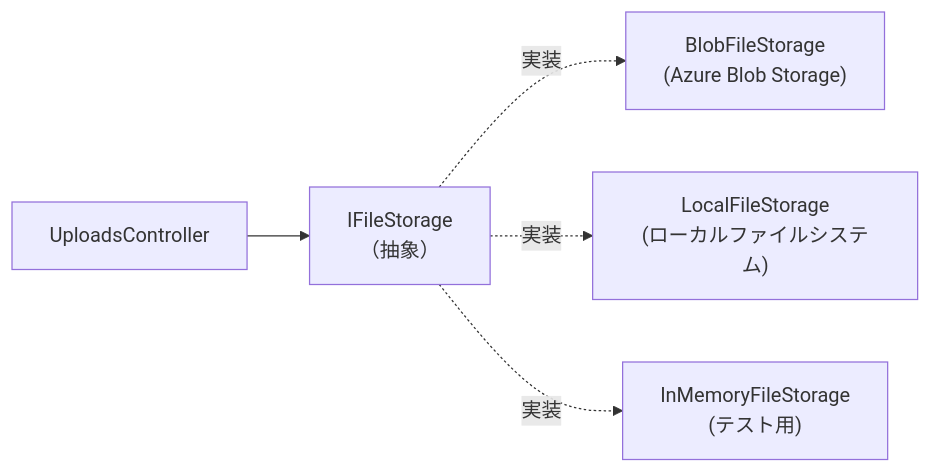
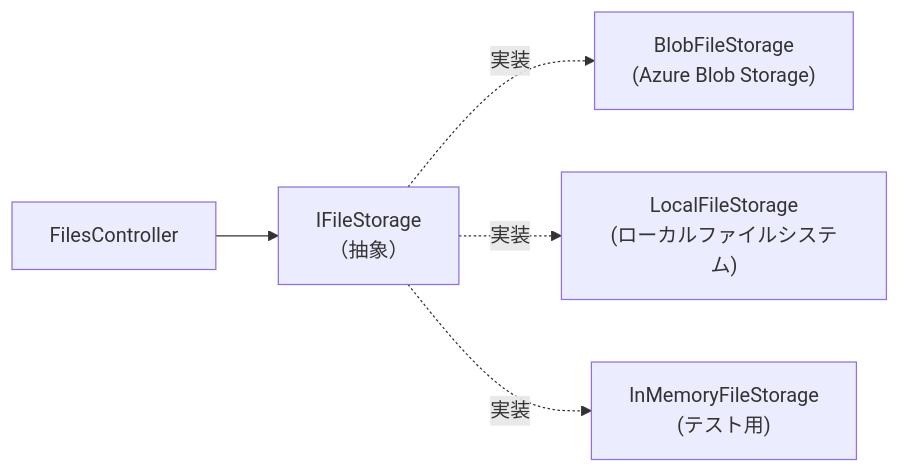
The fifth of 8 diagrams in src/content/docs/07-file-upload-and-storage/index.md (microsoft/aspnetcore-ja-handbook), drawn with Mermaid before and after one commit. The commit also changed other lines of this file, not shown here.

First line of the commit message:
CreateReadUrlAsync のスタブを実装に置き換え、図と実装の食い違いを解消

````diff
--- a/src/content/docs/07-file-upload-and-storage/index.md
+++ b/src/content/docs/07-file-upload-and-storage/index.md
@@ -1512,7 +1512,7 @@
 ```mermaid
 flowchart LR
-    C["UploadsController"] --> I["IFileStorage\n（抽象）"]
+    C["FilesController"] --> I["IFileStorage\n（抽象）"]
     I -.実装.-> B["BlobFileStorage\n(Azure Blob Storage)"]
     I -.実装.-> L["LocalFileStorage\n(ローカルファイルシステム)"]
     I -.実装.-> M["InMemoryFileStorage\n(テスト用)"]
 ```
````
